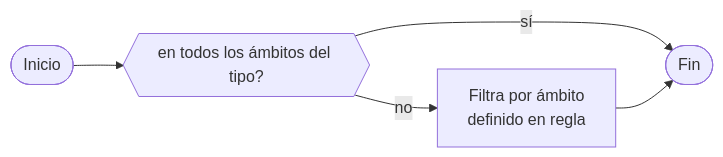
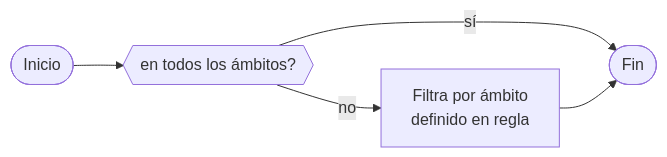
Before and after one commit to undp/satlomas-doc: the fourth of 4 diagrams in docs/usage.md, drawn with Mermaid. The commit also changed other lines of this file, not shown here.

````diff
--- a/docs/usage.md
+++ b/docs/usage.md
@@ -314,7 +430,7 @@
 ```mermaid
 graph LR;
-    inicio([Inicio])-->todos{{en todos los ámbitos del tipo?}};
+    inicio([Inicio])-->todos{{en todos los ámbitos?}};
     todos-- sí -->fin([Fin]);
     todos-- no -->filtrar[Filtra por ámbito <br />definido en regla];
     filtrar-->fin;
 ```
````
